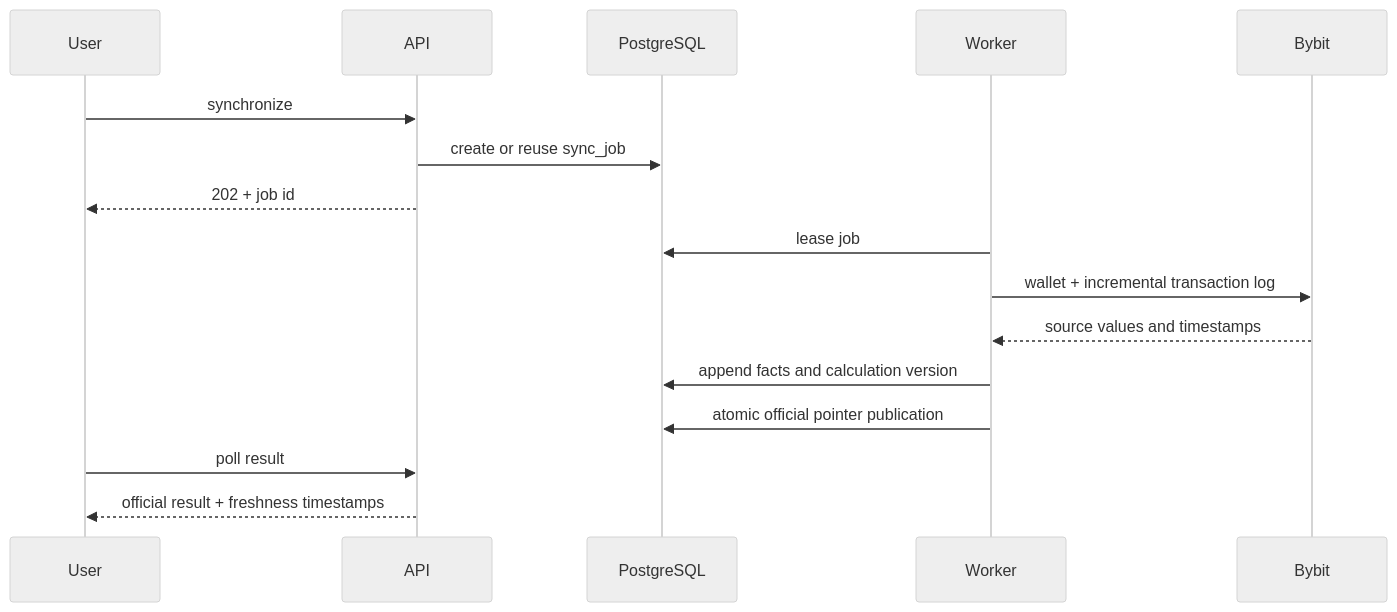
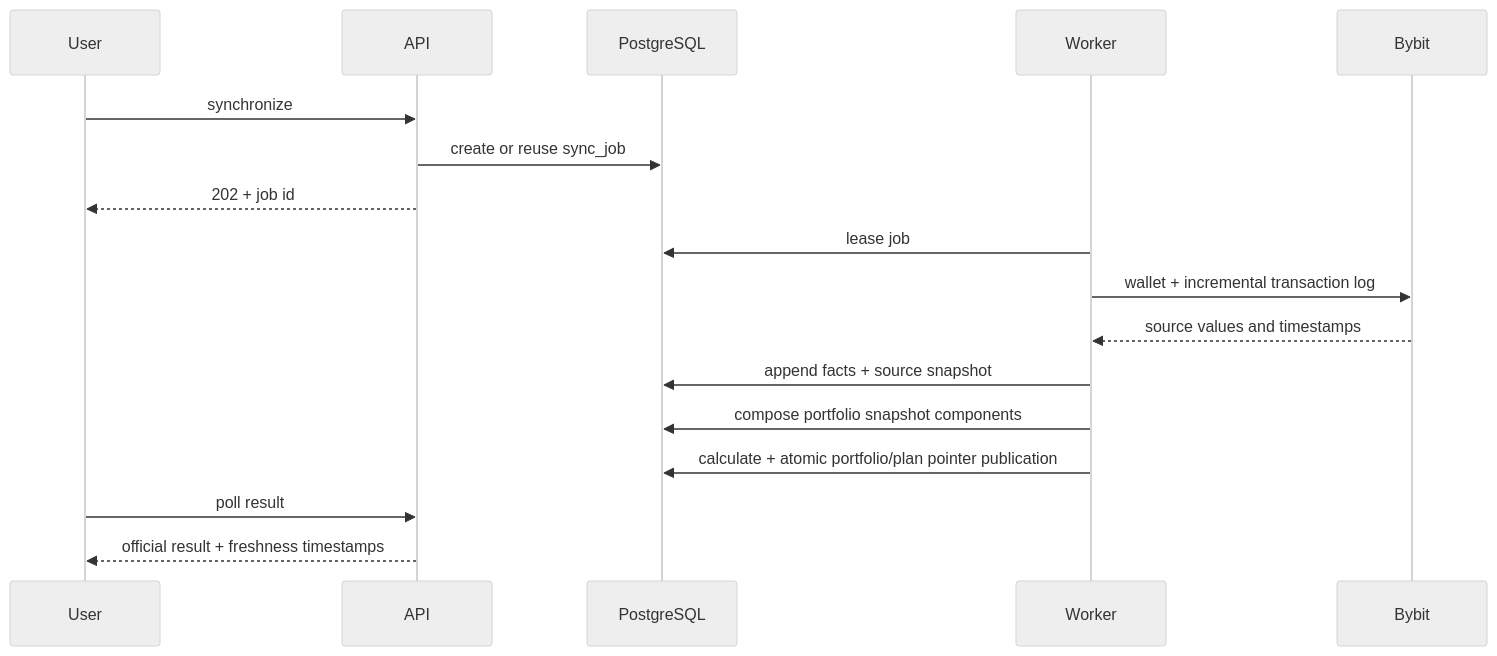
Before and after one commit to sh-9610/BokriLog: the third of 3 diagrams in _bmad-output/planning-artifacts/architecture/architecture-BokriLog-2026-08-24/ARCHITECTURE-SPINE.md, drawn with Mermaid (neutral theme). The commit also changed other lines of this file and 9 other files, not shown here.

````diff
--- a/_bmad-output/planning-artifacts/architecture/architecture-BokriLog-2026-08-24/ARCHITECTURE-SPINE.md
+++ b/_bmad-output/planning-artifacts/architecture/architecture-BokriLog-2026-08-24/ARCHITECTURE-SPINE.md
@@ -241,18 +258,19 @@
 ```mermaid
 sequenceDiagram
   participant U as User
   participant A as API
   participant D as PostgreSQL
   participant W as Worker
   participant B as Bybit
   U->>A: synchronize
   A->>D: create or reuse sync_job
   A-->>U: 202 + job id
   W->>D: lease job
   W->>B: wallet + incremental transaction log
   B-->>W: source values and timestamps
-  W->>D: append facts and calculation version
-  W->>D: atomic official pointer publication
+  W->>D: append facts + source snapshot
+  W->>D: compose portfolio snapshot components
+  W->>D: calculate + atomic portfolio/plan pointer publication
   U->>A: poll result
   A-->>U: official result + freshness timestamps
 ```
````
